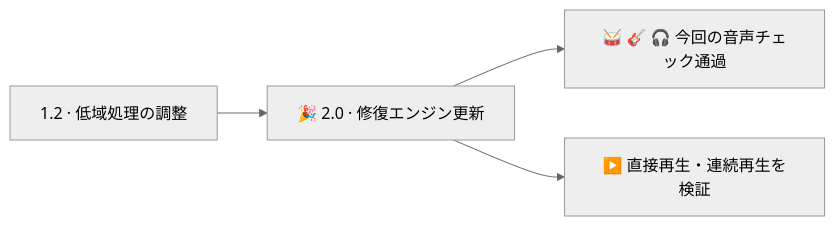
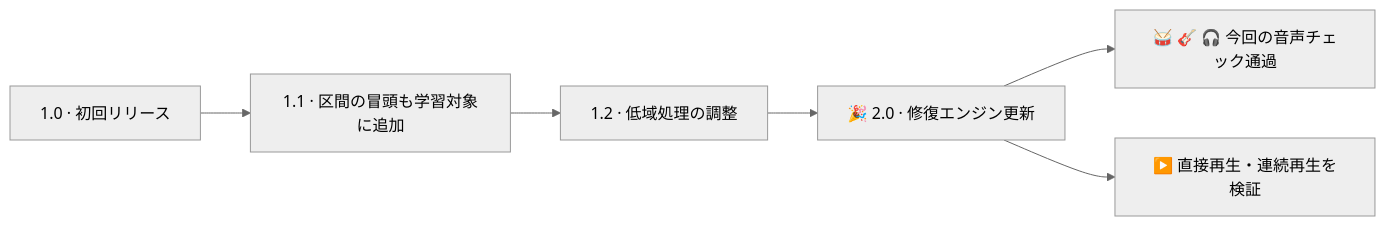
Before and after one commit to coopermone/artifact-sweep: the diagram in README.ja.md, drawn with Mermaid (neutral theme).

Commit message:
Restore complete version timeline from 1.0 through 2.0

````diff
--- a/README.ja.md
+++ b/README.ja.md
@@ -85,6 +85,8 @@
 ```mermaid
 flowchart LR
+    V10["1.0 · 初回リリース"] --> V11["1.1 · 区間の冒頭も学習対象に追加"]
+    V11 --> V12
     V12["1.2 · 低域処理の調整"] --> V20["🎉 2.0 · 修復エンジン更新"]
     V20 --> Audio["🥁 🎸 🎧 今回の音声チェック通過"]
     V20 --> Playback["▶️ 直接再生・連続再生を検証"]
 ```
````
